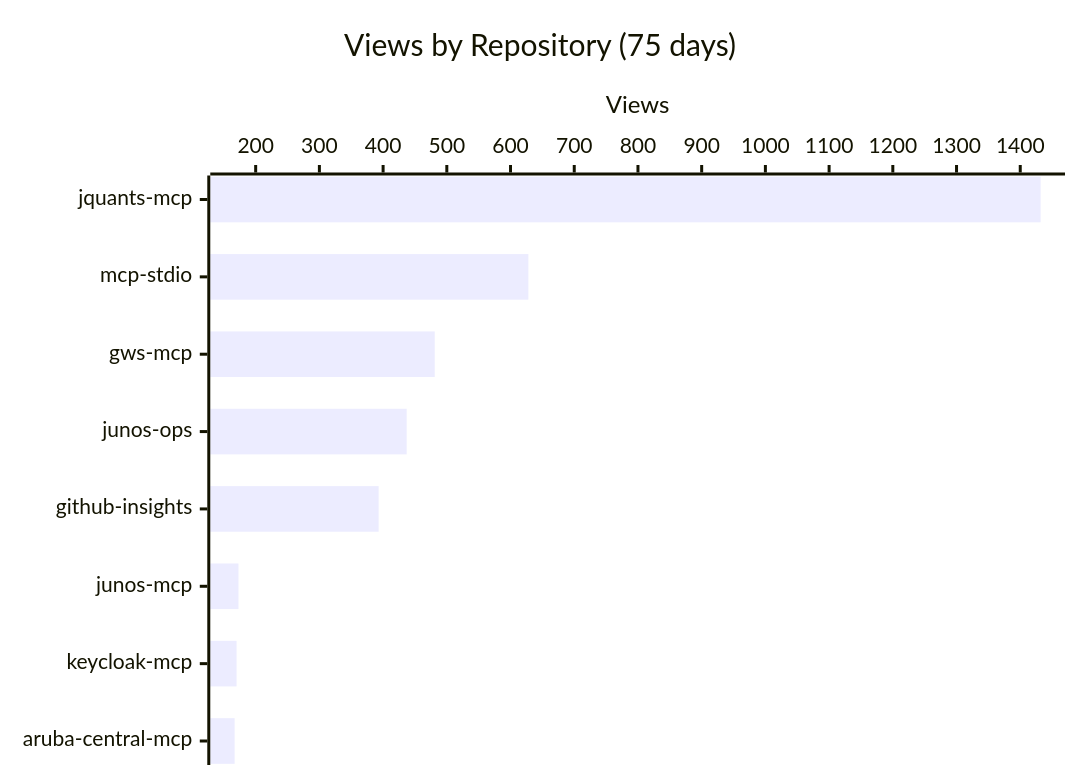
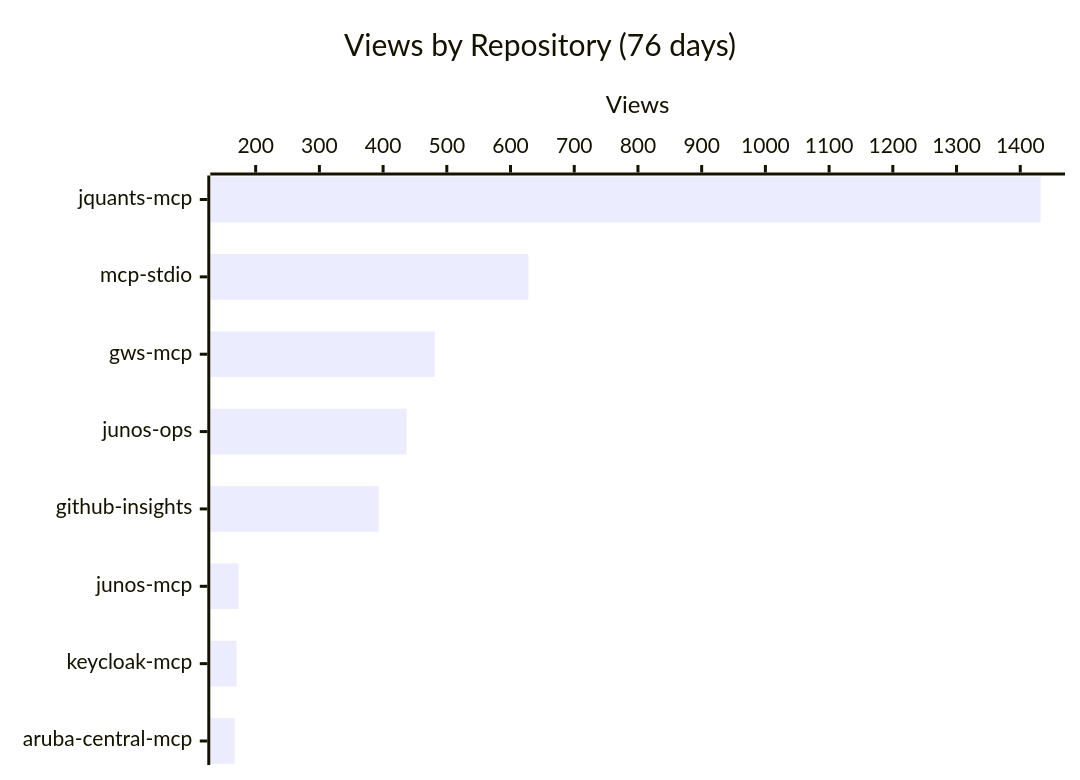
The first of 3 diagrams in README.md (shigechika/github-insights), drawn with Mermaid before and after one commit. The commit also changed other lines of this file and 2 other files, not shown here.

````diff
--- a/README.md
+++ b/README.md
@@ -18,7 +18,7 @@
 ```mermaid
 xychart-beta horizontal
-    title "Views by Repository (75 days)"
+    title "Views by Repository (76 days)"
     x-axis ["jquants-mcp", "mcp-stdio", "gws-mcp", "junos-ops", "github-insights", "junos-mcp", "keycloak-mcp", "aruba-central-mcp"]
     y-axis "Views"
     bar [1432, 628, 481, 437, 393, 173, 170, 167]
 ```
````
